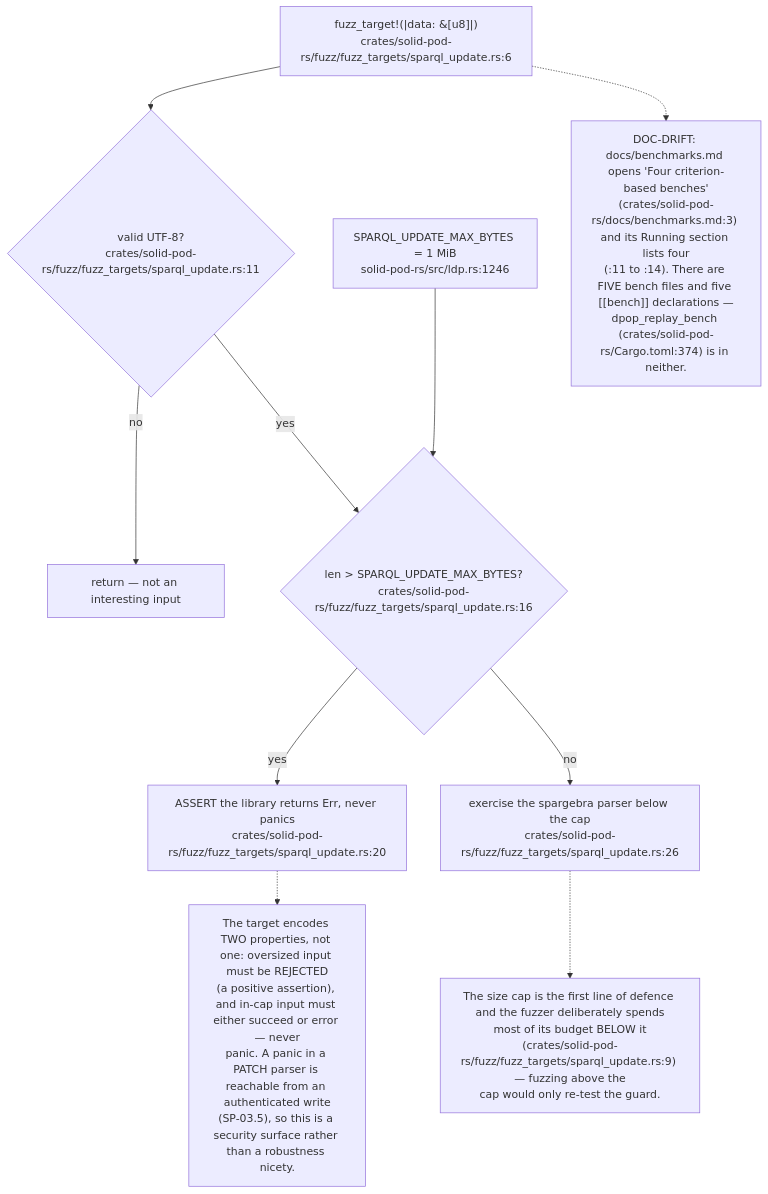
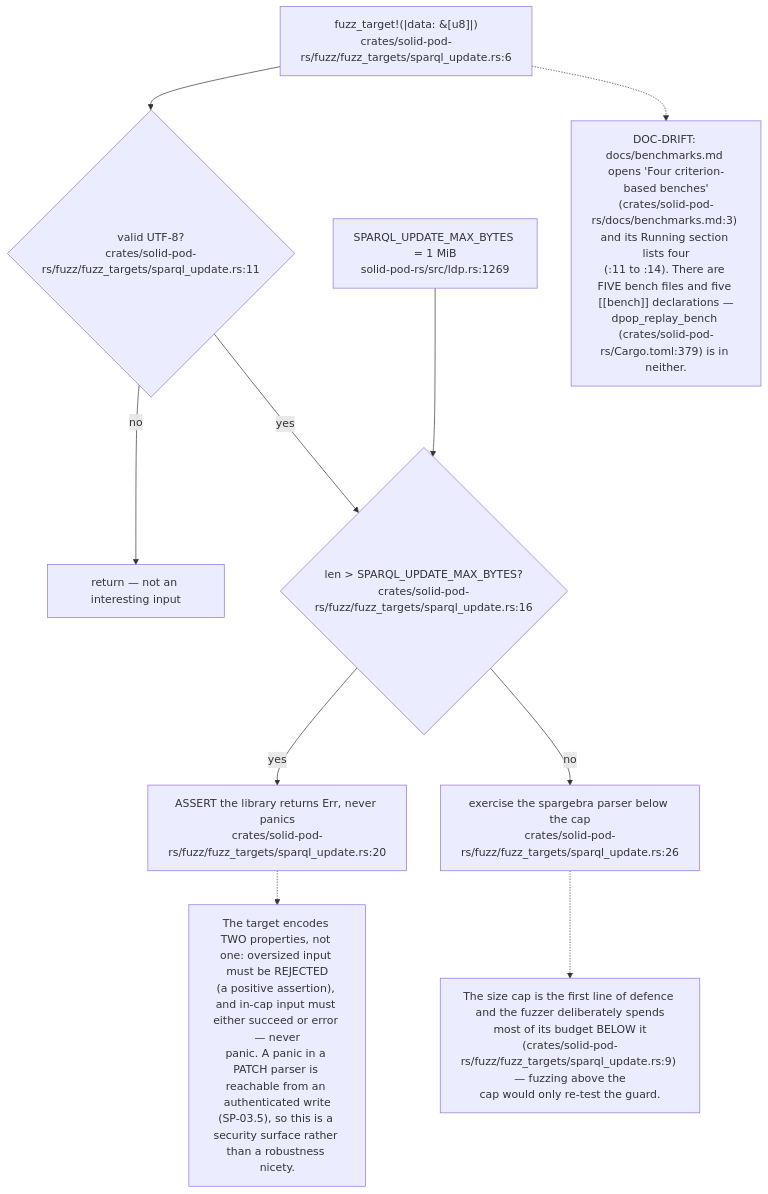
The ninth of 9 diagrams in docs/diagrams/solid-pod-rs/09-ci-release-and-consumer-pins.md (DreamLab-AI/VisionFlow), drawn with Mermaid before and after one commit. The commit also changed other lines of this file and 160 other files, not shown here.

````diff
--- a/docs/diagrams/solid-pod-rs/09-ci-release-and-consumer-pins.md
+++ b/docs/diagrams/solid-pod-rs/09-ci-release-and-consumer-pins.md
@@ -278,24 +302,24 @@
 ```mermaid
 flowchart TD
     IN["fuzz_target!(|data: &[u8]|)<br/>crates/solid-pod-rs/fuzz/fuzz_targets/sparql_update.rs:6"]
     UTF{"valid UTF-8?<br/>crates/solid-pod-rs/fuzz/fuzz_targets/sparql_update.rs:11"}
     SKIP["return — not an interesting input"]
     CAP{"len > SPARQL_UPDATE_MAX_BYTES?<br/>crates/solid-pod-rs/fuzz/fuzz_targets/sparql_update.rs:16"}
     ASSERT["ASSERT the library returns Err, never panics<br/>crates/solid-pod-rs/fuzz/fuzz_targets/sparql_update.rs:20"]
     PARSE["exercise the spargebra parser below the cap<br/>crates/solid-pod-rs/fuzz/fuzz_targets/sparql_update.rs:26"]
-    LIM["SPARQL_UPDATE_MAX_BYTES = 1 MiB<br/>solid-pod-rs/src/ldp.rs:1246"]
+    LIM["SPARQL_UPDATE_MAX_BYTES = 1 MiB<br/>solid-pod-rs/src/ldp.rs:1269"]
 
     IN --> UTF
     UTF -- no --> SKIP
     UTF -- yes --> CAP
     CAP -- yes --> ASSERT
     CAP -- no --> PARSE
     LIM --> CAP
 
     N["The target encodes TWO properties, not one: oversized input must be REJECTED<br/>(a positive assertion), and in-cap input must either succeed or error — never<br/>panic. A panic in a PATCH parser is reachable from an authenticated write<br/>(SP-03.5), so this is a security surface rather than a robustness nicety."]
     ASSERT -.-> N
     N2["The size cap is the first line of defence and the fuzzer deliberately spends<br/>most of its budget BELOW it<br/>(crates/solid-pod-rs/fuzz/fuzz_targets/sparql_update.rs:9) — fuzzing above the<br/>cap would only re-test the guard."]
     PARSE -.-> N2
-    N3["DOC-DRIFT: docs/benchmarks.md opens 'Four criterion-based benches'<br/>(crates/solid-pod-rs/docs/benchmarks.md:3) and its Running section lists four<br/>(:11 to :14). There are FIVE bench files and five [[bench]] declarations —<br/>dpop_replay_bench (crates/solid-pod-rs/Cargo.toml:374) is in neither."]
+    N3["DOC-DRIFT: docs/benchmarks.md opens 'Four criterion-based benches'<br/>(crates/solid-pod-rs/docs/benchmarks.md:3) and its Running section lists four<br/>(:11 to :14). There are FIVE bench files and five [[bench]] declarations —<br/>dpop_replay_bench (crates/solid-pod-rs/Cargo.toml:379) is in neither."]
     IN -.-> N3
 ```
````
